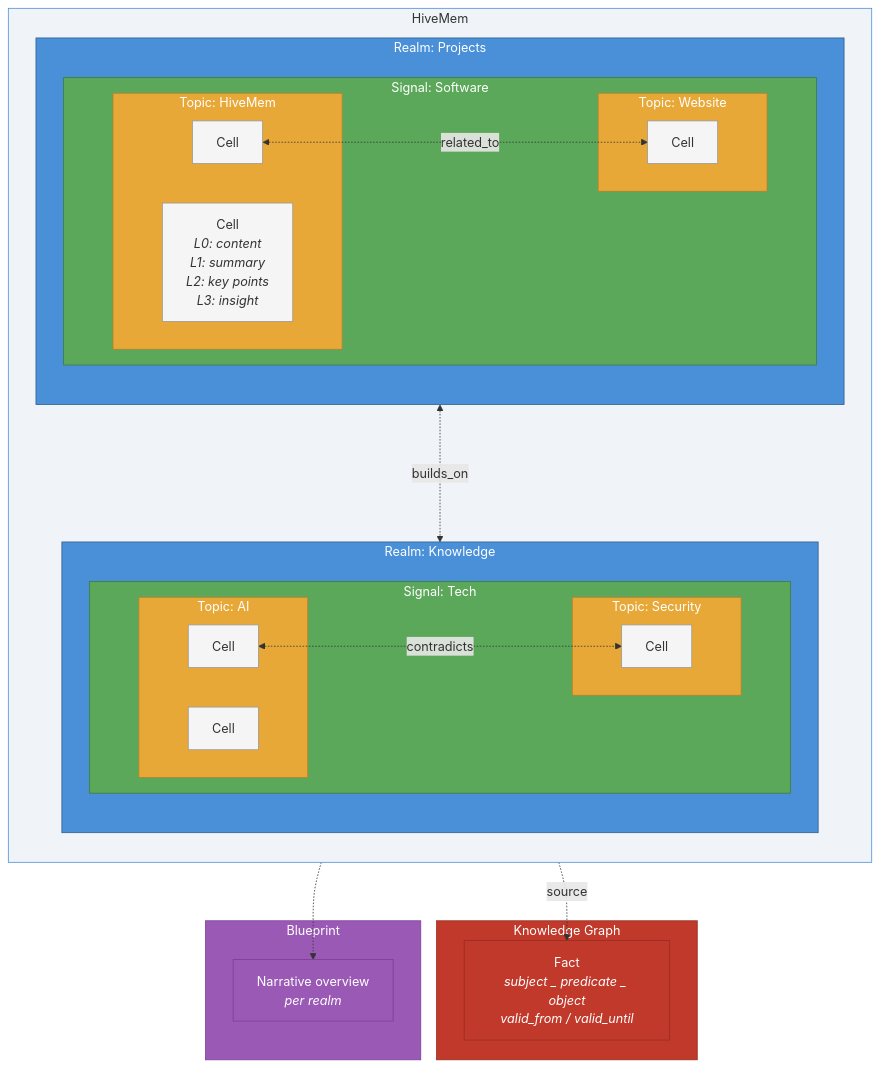
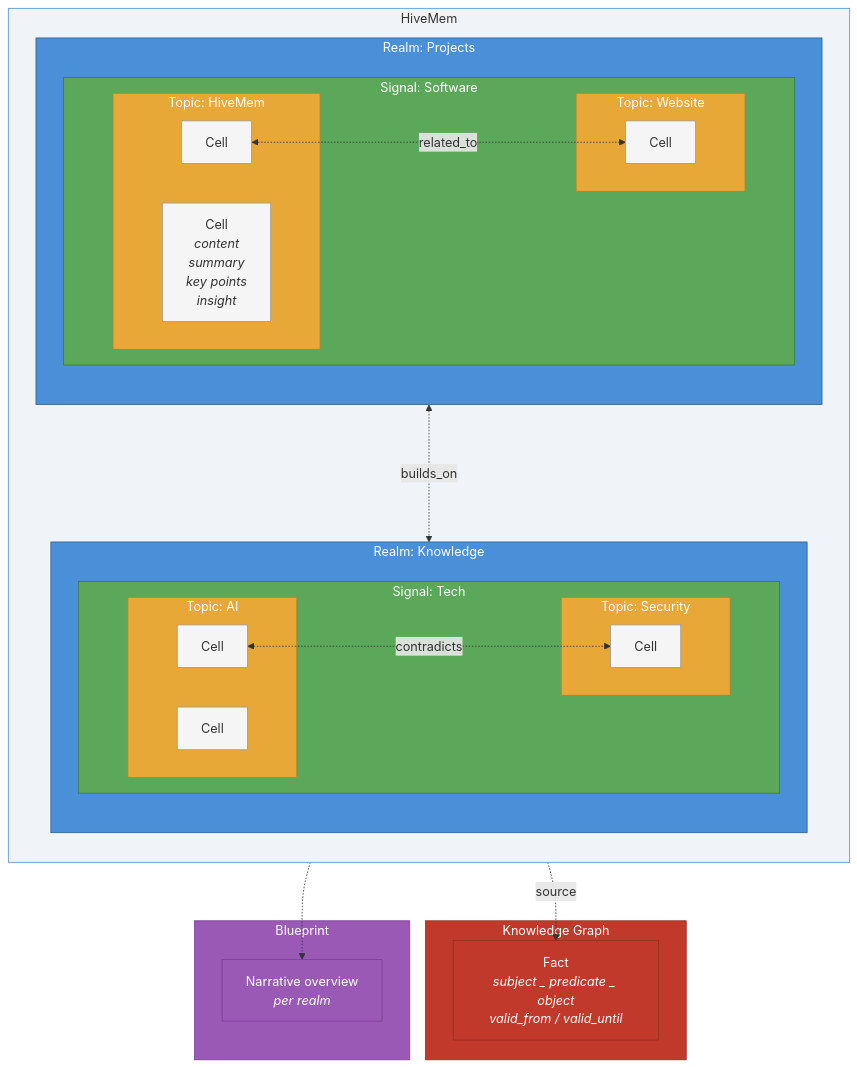
One commit to ufelmann/HiveMem changed the first of 3 diagrams in README.md. Above: the diagram before and after it, drawn with Mermaid. The commit also changed other lines of this file and 24 other files, not shown here.

````diff
--- a/README.md
+++ b/README.md
@@ -328,65 +336,65 @@
 ```mermaid
 graph TB
     subgraph HM["HiveMem"]
         direction TB
 
         subgraph Realm1["Realm: Projects"]
             direction TB
             subgraph Signal1["Signal: Software"]
                 direction LR
                 subgraph Topic1A["Topic: HiveMem"]
-                    D1["Cell<br/><i>L0: content</i><br/><i>L1: summary</i><br/><i>L2: key points</i><br/><i>L3: insight</i>"]
+                    D1["Cell<br/><i>content</i><br/><i>summary</i><br/><i>key points</i><br/><i>insight</i>"]
                     D2["Cell"]
                 end
                 subgraph Topic1B["Topic: Website"]
                     D3["Cell"]
                 end
             end
         end
 
         subgraph Realm2["Realm: Knowledge"]
             direction TB
             subgraph Signal2["Signal: Tech"]
                 direction LR
                 subgraph Topic2A["Topic: AI"]
                     D5["Cell"]
                     D6["Cell"]
                 end
                 subgraph Topic2B["Topic: Security"]
                     D7["Cell"]
                 end
             end
         end
     end
 
     D1 <-..->|"builds_on"| D5
     D2 <-..->|"related_to"| D3
     D6 <-..->|"contradicts"| D7
 
     subgraph KG["Knowledge Graph"]
         F1["Fact<br/><i>subject _ predicate _ object</i><br/><i>valid_from / valid_until</i>"]
     end
 
     subgraph BP["Blueprint"]
         M1["Narrative overview<br/><i>per realm</i>"]
     end
 
     D1 -.->|"source"| F1
     Realm1 -.-> M1
 
     classDef realm fill:#4a90d9,stroke:#2c5f8a,color:white
     classDef signal fill:#5ba85b,stroke:#3d7a3d,color:white
     classDef topic fill:#e8a838,stroke:#b8802a,color:white
     classDef cell fill:#f5f5f5,stroke:#999,color:#333
     classDef kg fill:#c0392b,stroke:#962d22,color:white
     classDef bp fill:#9b59b6,stroke:#7d3c98,color:white
     classDef hm fill:#f0f4f8,stroke:#4a90d9,color:#333
 
     class Realm1,Realm2 realm
     class Signal1,Signal2 signal
     class Topic1A,Topic1B,Topic2A,Topic2B topic
     class D1,D2,D3,D5,D6,D7 cell
     class KG,F1 kg
     class BP,M1 bp
     class HM hm
 ```
````
